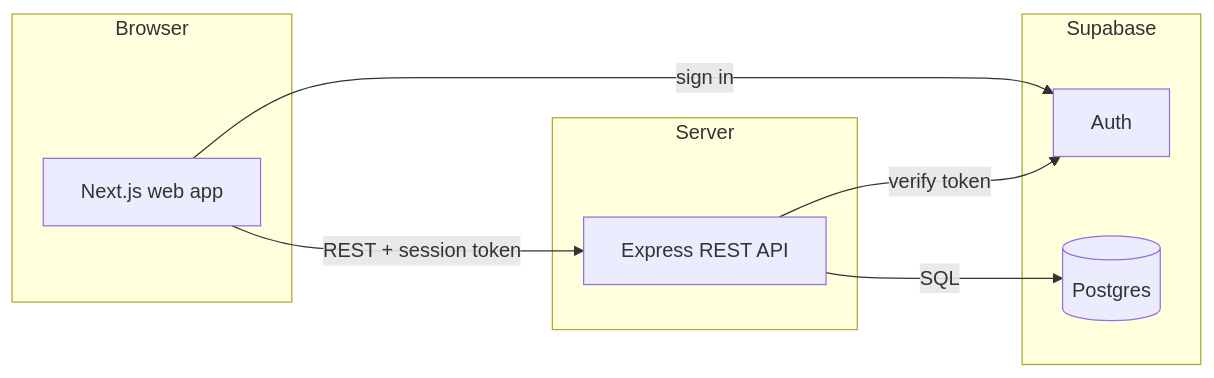
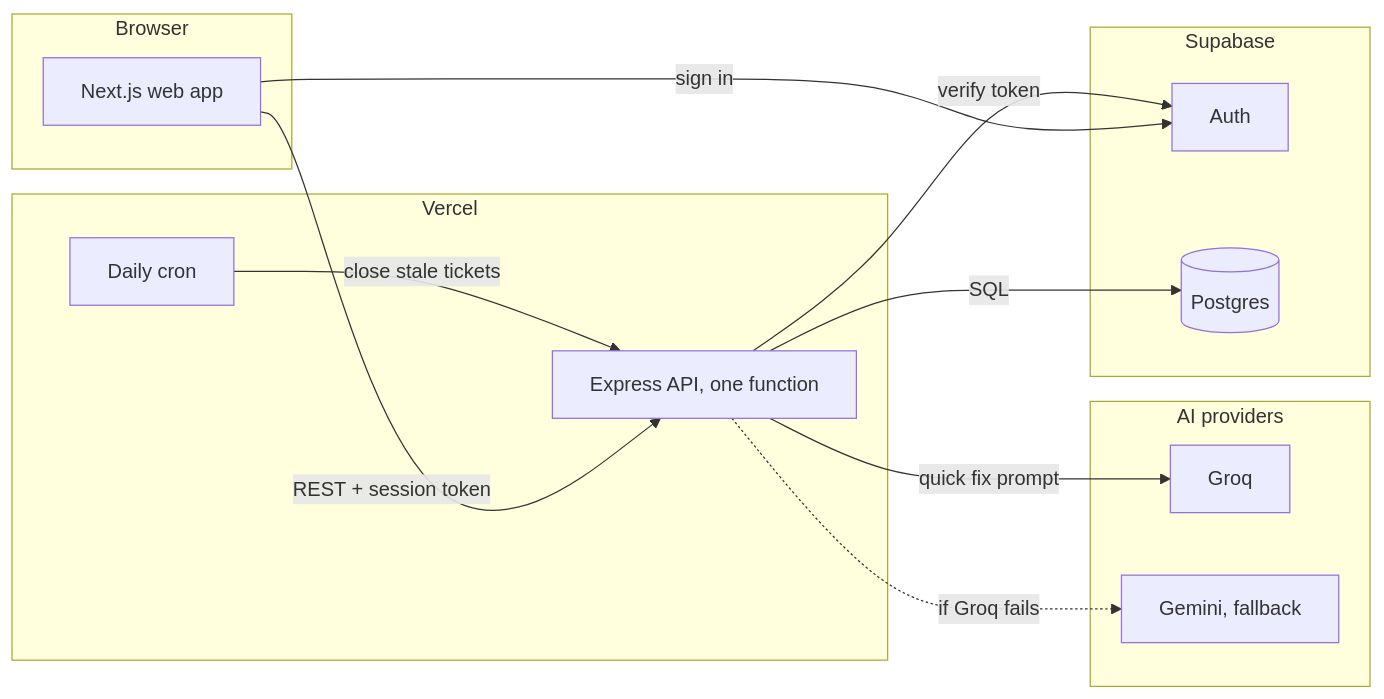
One commit to Elisabeth56/ITOMS changed the first of 2 diagrams in docs/architecture.md. Above: the diagram before and after it, drawn with Mermaid. The commit also changed other lines of this file and 9 other files, not shown here.

Commit message:
untrack build info, add supabase cli scripts, update architecture docs

````diff
--- a/docs/architecture.md
+++ b/docs/architecture.md
@@ -3,17 +3,25 @@
 ```mermaid
 flowchart LR
   subgraph Browser
     W[Next.js web app]
   end
-  subgraph Server
-    A[Express REST API]
+  subgraph Vercel
+    A[Express API, one function]
+    CR[Daily cron]
   end
   subgraph Supabase
     AU[Auth]
     DB[(Postgres)]
   end
+  subgraph AI providers
+    G[Groq]
+    GM[Gemini, fallback]
+  end
   W -- sign in --> AU
   W -- REST + session token --> A
   A -- verify token --> AU
   A -- SQL --> DB
+  A -- quick fix prompt --> G
+  A -. if Groq fails .-> GM
+  CR -- close stale tickets --> A
 ```
````
